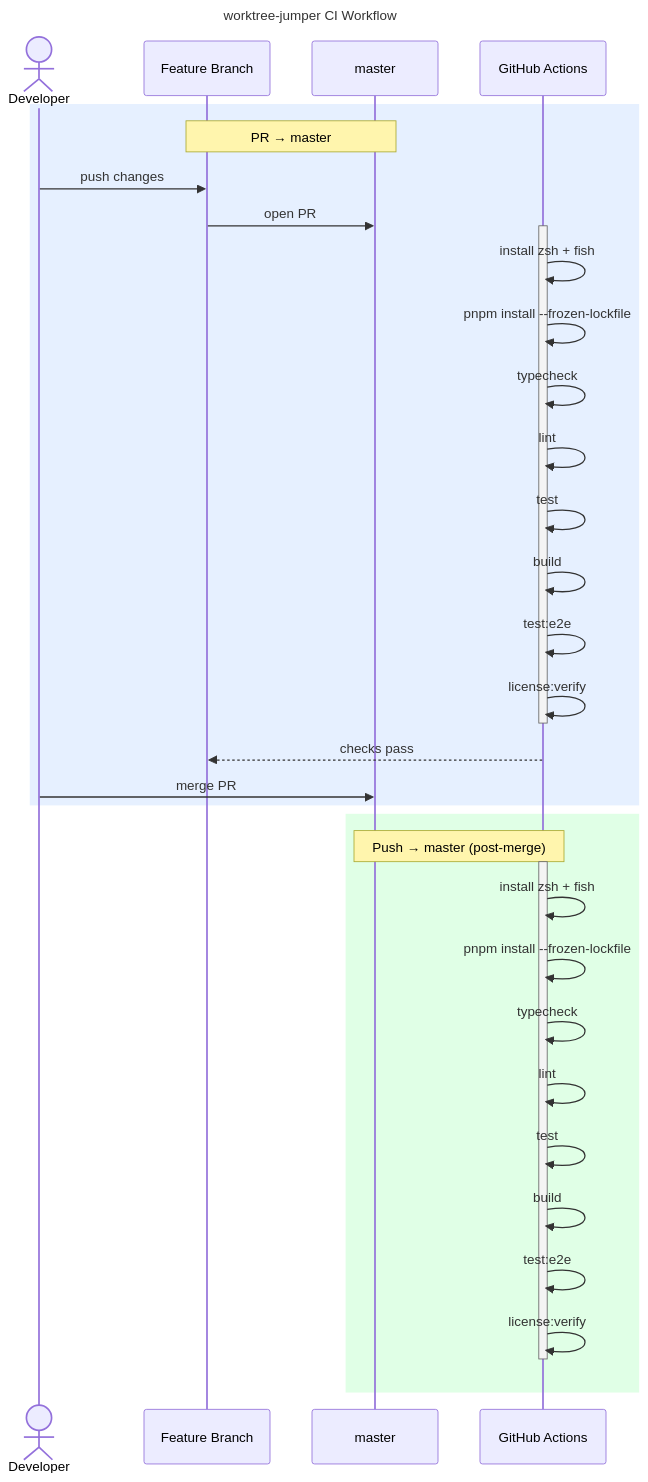
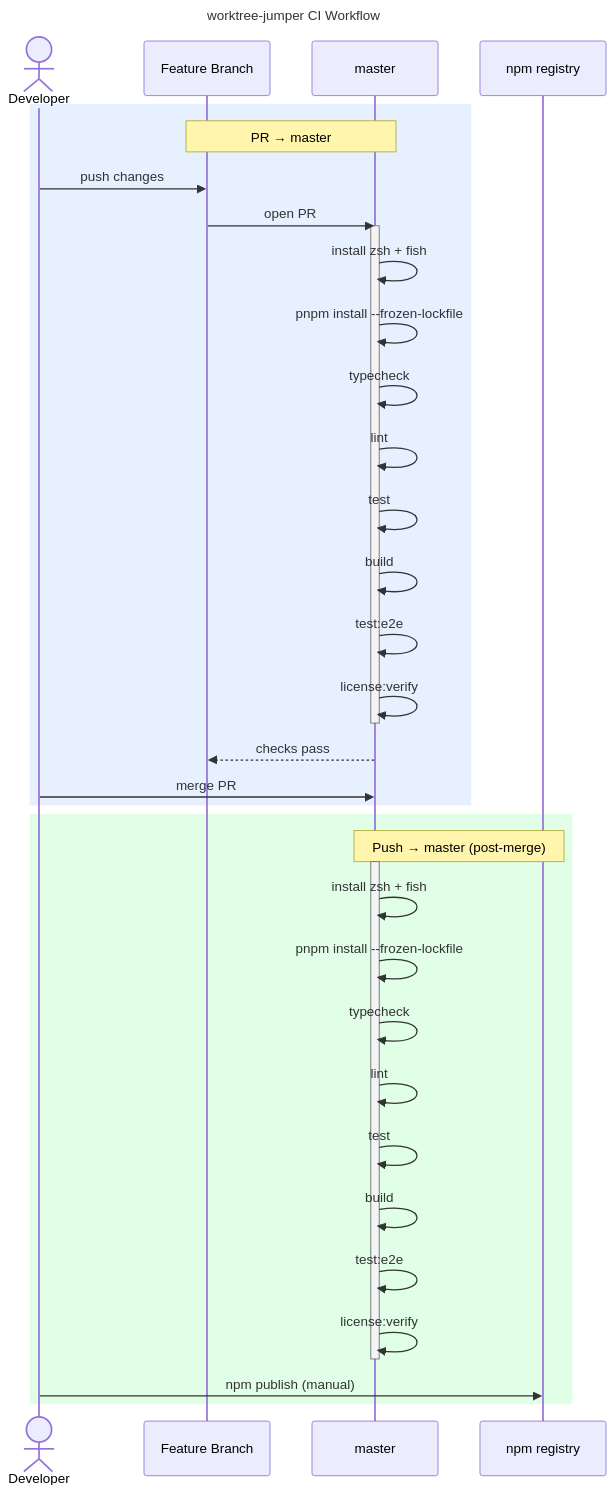
Before and after one commit to erdembircan/worktree-jumper: the diagram in docs/contracts/ci-workflow.mmd, drawn with Mermaid. The commit also changed 4 other files, not shown here.

```diff
--- a/docs/contracts/ci-workflow.mmd
+++ b/docs/contracts/ci-workflow.mmd
@@ -1,40 +1,41 @@
 ---
 title: worktree-jumper CI Workflow
 ---
 sequenceDiagram
     actor Dev as Developer
     participant FB as Feature Branch
     participant M as master
-    participant GH as GitHub Actions
+    participant NPM as npm registry
 
     rect rgb(230, 240, 255)
         Note over FB,M: PR → master
         Dev->>FB: push changes
         FB->>M: open PR
-        activate GH
-        GH->>GH: install zsh + fish
-        GH->>GH: pnpm install --frozen-lockfile
-        GH->>GH: typecheck
-        GH->>GH: lint
-        GH->>GH: test
-        GH->>GH: build
-        GH->>GH: test:e2e
-        GH->>GH: license:verify
-        deactivate GH
-        GH-->>FB: checks pass
+        activate M
+        M->>M: install zsh + fish
+        M->>M: pnpm install --frozen-lockfile
+        M->>M: typecheck
+        M->>M: lint
+        M->>M: test
+        M->>M: build
+        M->>M: test:e2e
+        M->>M: license:verify
+        deactivate M
+        M-->>FB: checks pass
         Dev->>M: merge PR
     end
 
     rect rgb(224, 255, 230)
-        Note over M,GH: Push → master (post-merge)
-        activate GH
-        GH->>GH: install zsh + fish
-        GH->>GH: pnpm install --frozen-lockfile
-        GH->>GH: typecheck
-        GH->>GH: lint
-        GH->>GH: test
-        GH->>GH: build
-        GH->>GH: test:e2e
-        GH->>GH: license:verify
-        deactivate GH
+        Note over M,NPM: Push → master (post-merge)
+        activate M
+        M->>M: install zsh + fish
+        M->>M: pnpm install --frozen-lockfile
+        M->>M: typecheck
+        M->>M: lint
+        M->>M: test
+        M->>M: build
+        M->>M: test:e2e
+        M->>M: license:verify
+        deactivate M
+        Dev->>NPM: npm publish (manual)
     end
```
